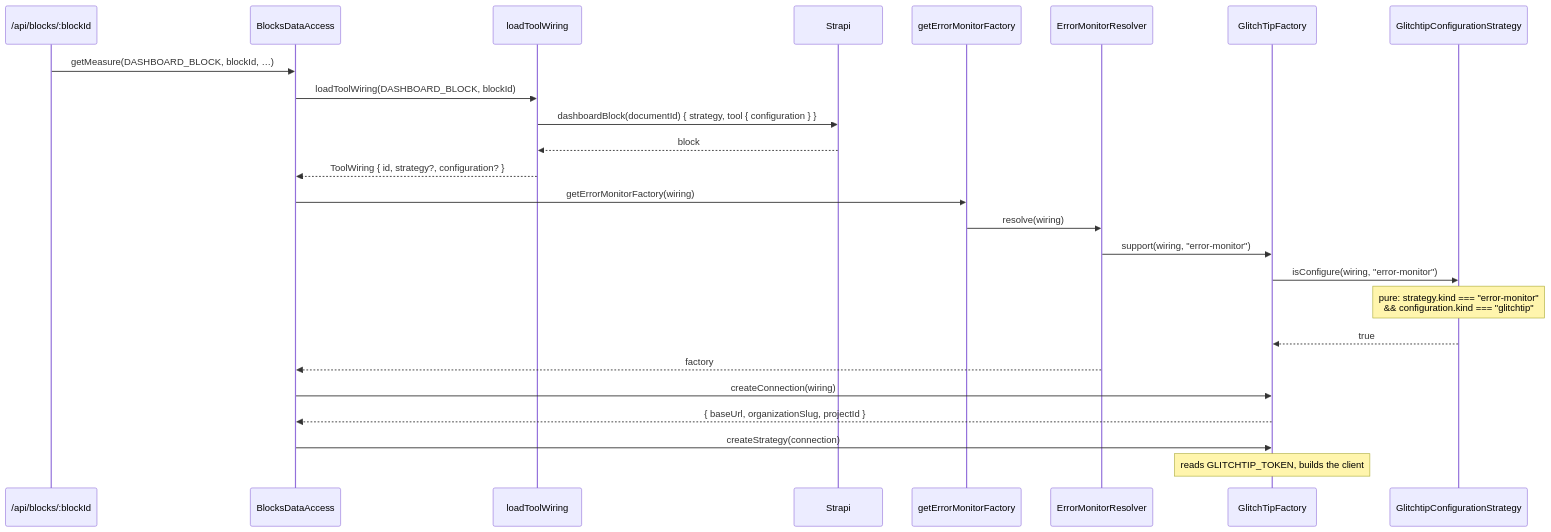
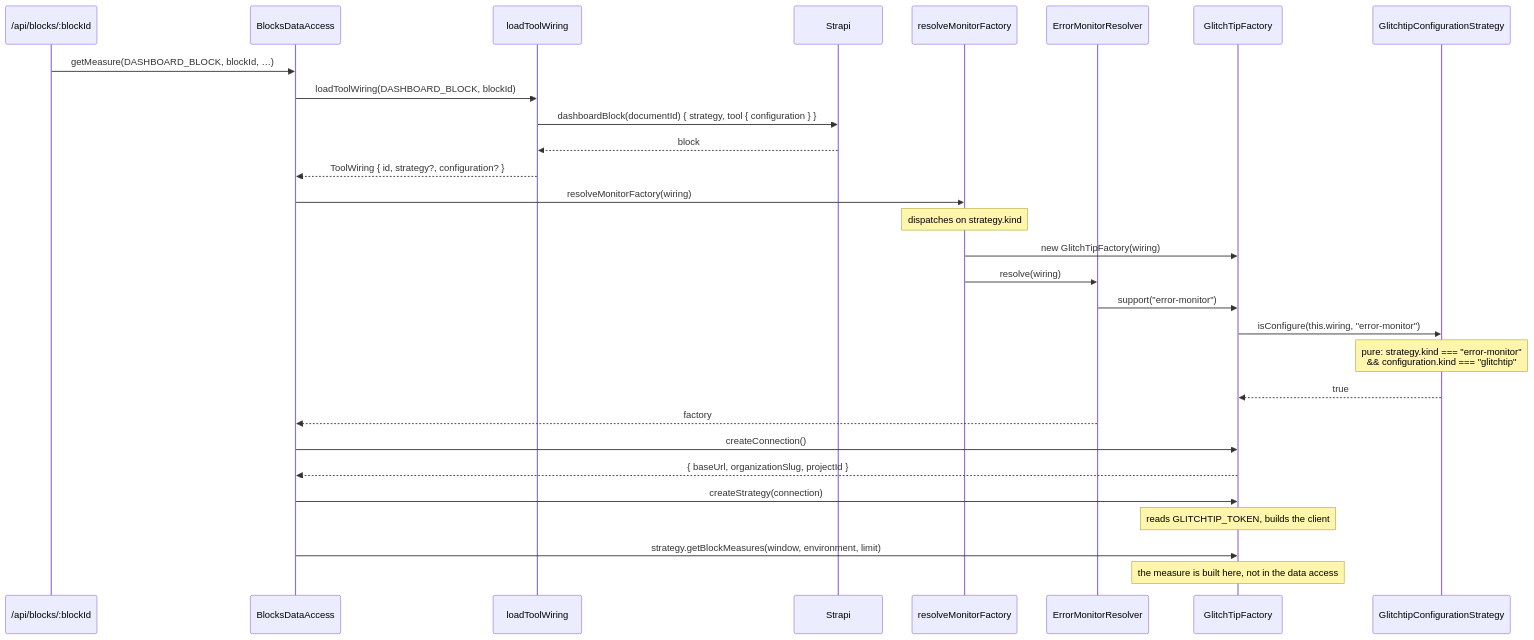
One commit to webteamuxco/dashboard-monitor changed the fifth of 6 diagrams in apps/docs-site/docs/panels.md. Above: the diagram before and after it, drawn with Mermaid. The commit also changed 6 other files, not shown here.

````diff
--- a/apps/docs-site/docs/panels.md
+++ b/apps/docs-site/docs/panels.md
@@ -192,30 +192,34 @@
 ```mermaid
 sequenceDiagram
     participant Route as /api/blocks/:blockId
     participant DA as BlocksDataAccess
     participant Load as loadToolWiring
     participant Strapi
-    participant Get as getErrorMonitorFactory
+    participant Get as resolveMonitorFactory
     participant Res as ErrorMonitorResolver
     participant Fac as GlitchTipFactory
     participant Cfg as GlitchtipConfigurationStrategy
 
     Route->>DA: getMeasure(DASHBOARD_BLOCK, blockId, …)
     DA->>Load: loadToolWiring(DASHBOARD_BLOCK, blockId)
     Load->>Strapi: dashboardBlock(documentId) { strategy, tool { configuration } }
     Strapi-->>Load: block
     Load-->>DA: ToolWiring { id, strategy?, configuration? }
 
-    DA->>Get: getErrorMonitorFactory(wiring)
+    DA->>Get: resolveMonitorFactory(wiring)
+    Note over Get: dispatches on strategy.kind
+    Get->>Fac: new GlitchTipFactory(wiring)
     Get->>Res: resolve(wiring)
-    Res->>Fac: support(wiring, "error-monitor")
-    Fac->>Cfg: isConfigure(wiring, "error-monitor")
+    Res->>Fac: support("error-monitor")
+    Fac->>Cfg: isConfigure(this.wiring, "error-monitor")
     Note over Cfg: pure: strategy.kind === "error-monitor"<br/>&& configuration.kind === "glitchtip"
     Cfg-->>Fac: true
     Res-->>DA: factory
 
-    DA->>Fac: createConnection(wiring)
+    DA->>Fac: createConnection()
     Fac-->>DA: { baseUrl, organizationSlug, projectId }
     DA->>Fac: createStrategy(connection)
     Note over Fac: reads GLITCHTIP_TOKEN, builds the client
+    DA->>Fac: strategy.getBlockMeasures(window, environment, limit)
+    Note over Fac: the measure is built here, not in the data access
 ```
````
